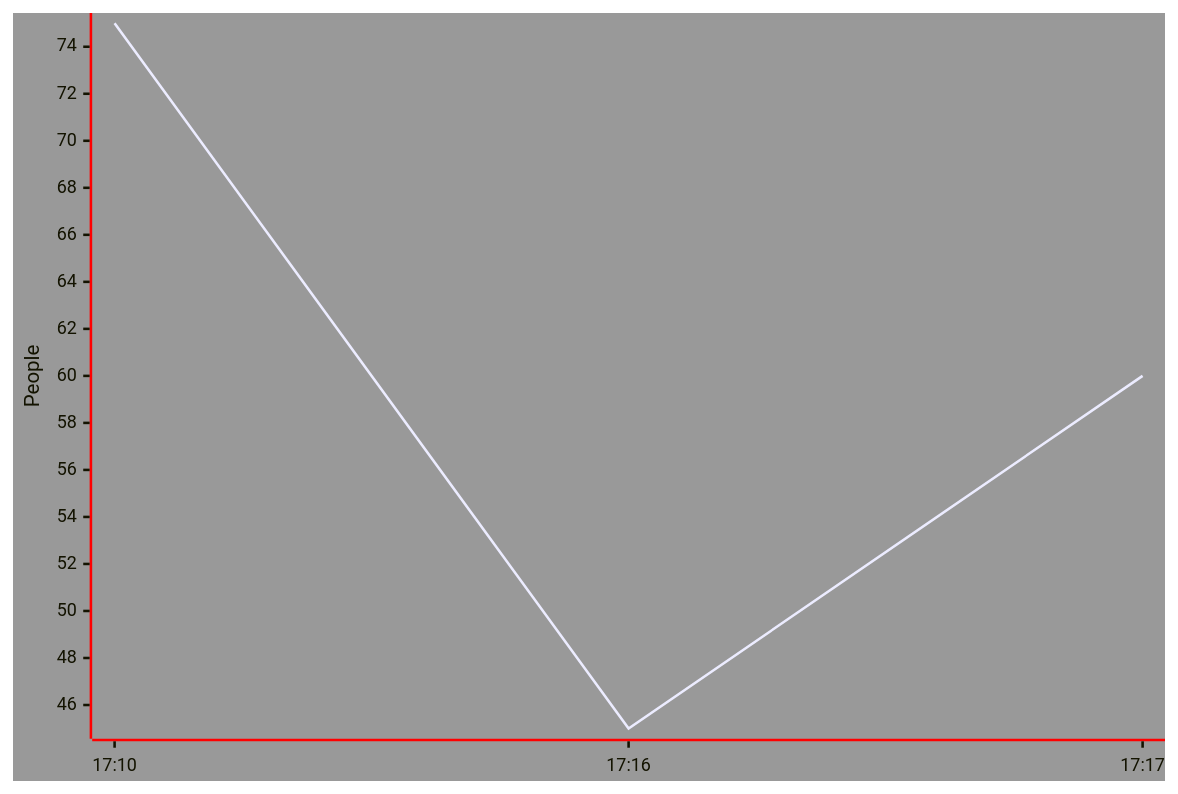
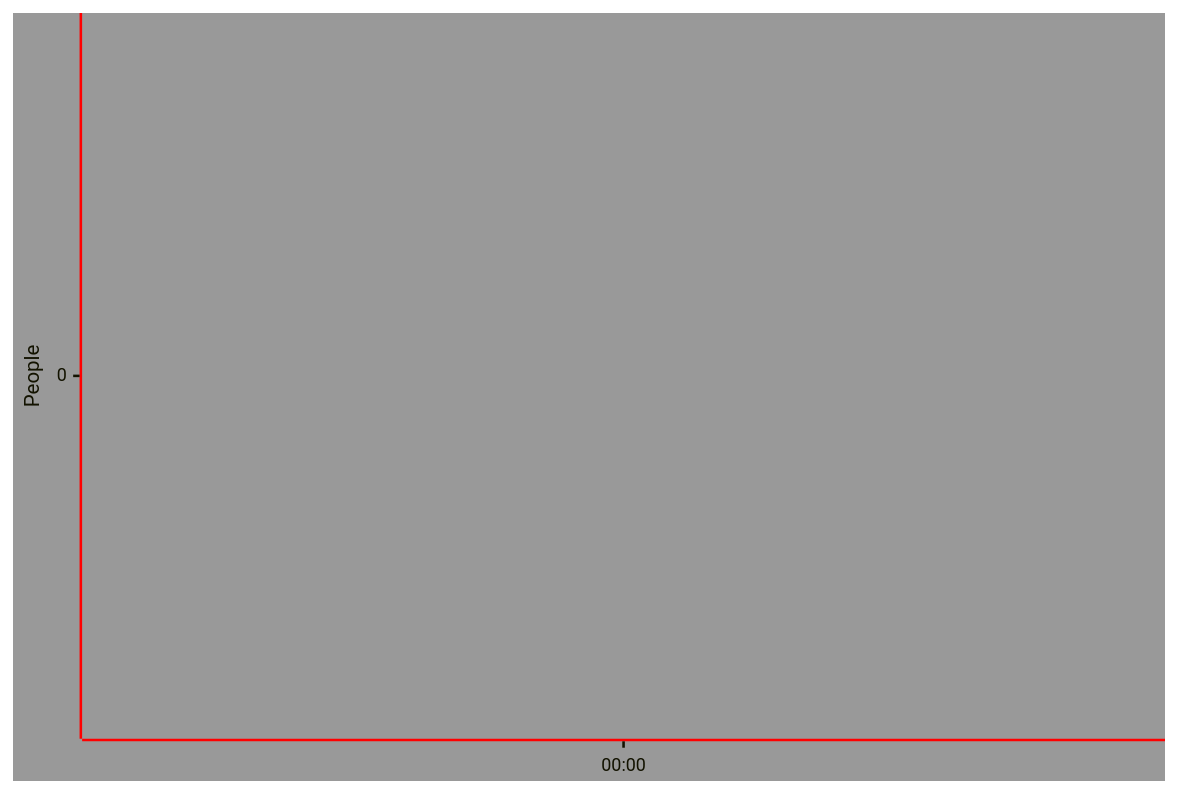
Before and after one commit to a-lalin/schwimmbad-metrics: the diagram in graphs/metric_last_hour.md, drawn with Mermaid. The commit also changed 3 other files, not shown here.

````diff
--- a/graphs/metric_last_hour.md
+++ b/graphs/metric_last_hour.md
@@ -1,21 +1,21 @@
 ```mermaid
 ---
 config: 
   xyChart: 
     width: 900 
     height: 600 
     showDataLabel: true
     showTitle: false
   themeVariables: 
     xyChart:
       backgroundColor: "#999999"
       titleColor: "#ff0000"
       xAxisLineColor: "#ff0000"
       yAxisLineColor: "#ff0000"
 ---
 xychart-beta
   title "Stadthallenbad"
-  x-axis ["17:10", "17:16", "17:17"]
+  x-axis ["00:00"]
   y-axis "People"
-  line [75, 45, 60]
+  line [0]
 ```
````
